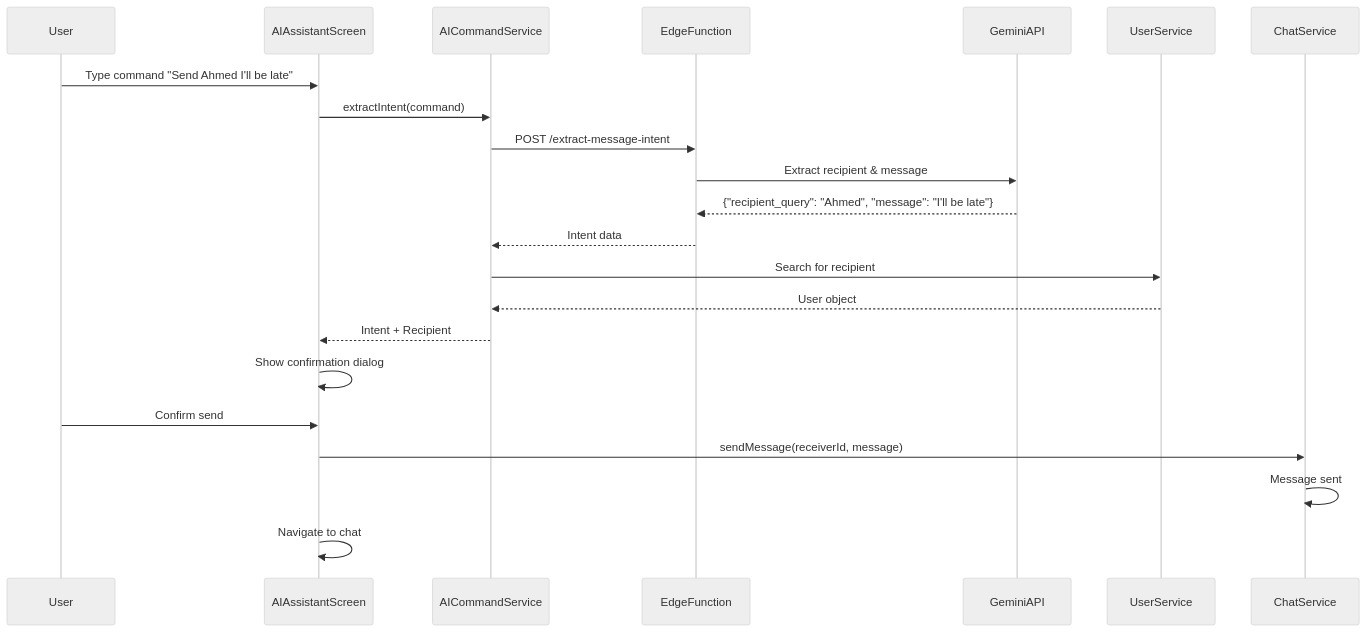
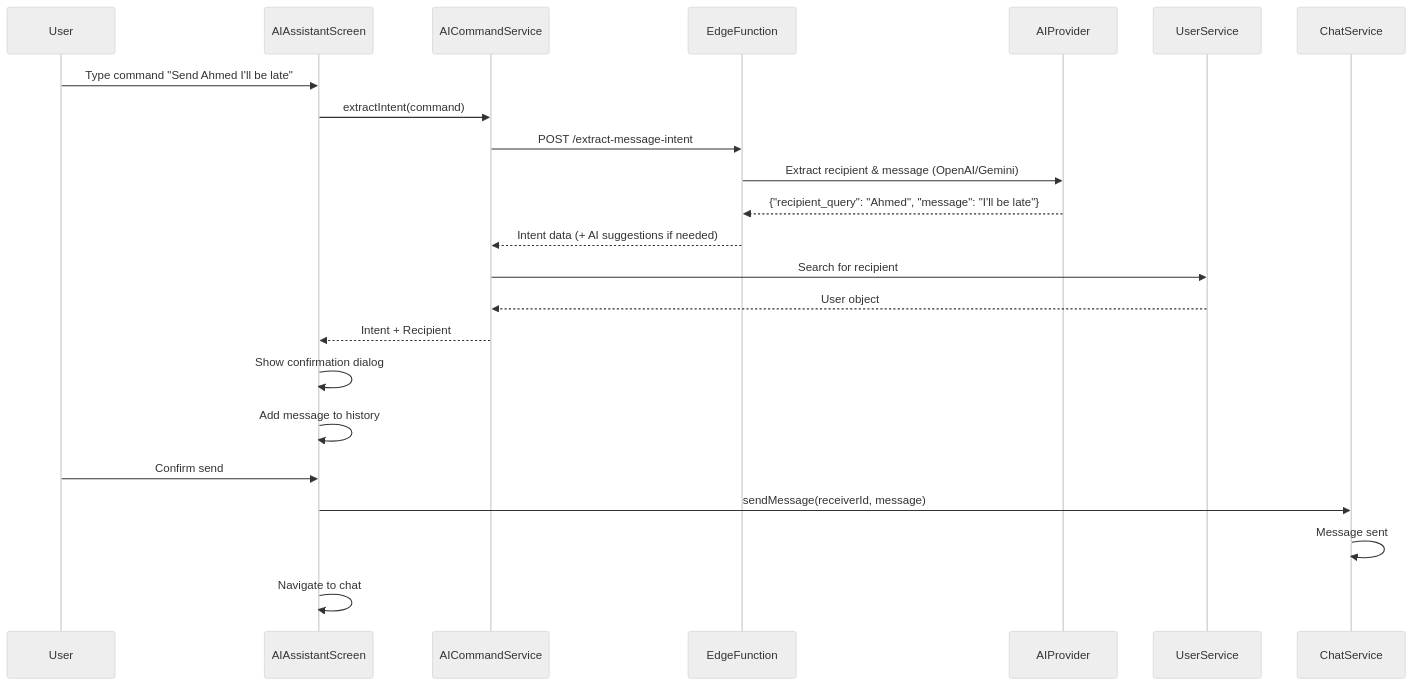
The seventh of 10 diagrams in chat_app/ARCHITECTURE.md (shoebsmk/Flutter-chat-claude), drawn with Mermaid (neutral theme) before and after one commit. The commit also changed other lines of this file and 3 other files, not shown here.

````diff
--- a/chat_app/ARCHITECTURE.md
+++ b/chat_app/ARCHITECTURE.md
@@ -282,25 +285,26 @@
 ```mermaid
 sequenceDiagram
     participant User
     participant AIAssistantScreen
     participant AICommandService
     participant EdgeFunction
-    participant GeminiAPI
+    participant AIProvider
     participant UserService
     participant ChatService
 
     User->>AIAssistantScreen: Type command "Send Ahmed I'll be late"
     AIAssistantScreen->>AICommandService: extractIntent(command)
     AICommandService->>EdgeFunction: POST /extract-message-intent
-    EdgeFunction->>GeminiAPI: Extract recipient & message
-    GeminiAPI-->>EdgeFunction: {"recipient_query": "Ahmed", "message": "I'll be late"}
-    EdgeFunction-->>AICommandService: Intent data
+    EdgeFunction->>AIProvider: Extract recipient & message (OpenAI/Gemini)
+    AIProvider-->>EdgeFunction: {"recipient_query": "Ahmed", "message": "I'll be late"}
+    EdgeFunction-->>AICommandService: Intent data (+ AI suggestions if needed)
     AICommandService->>UserService: Search for recipient
     UserService-->>AICommandService: User object
     AICommandService-->>AIAssistantScreen: Intent + Recipient
     AIAssistantScreen->>AIAssistantScreen: Show confirmation dialog
+    AIAssistantScreen->>AIAssistantScreen: Add message to history
     User->>AIAssistantScreen: Confirm send
     AIAssistantScreen->>ChatService: sendMessage(receiverId, message)
     ChatService->>ChatService: Message sent
     AIAssistantScreen->>AIAssistantScreen: Navigate to chat
 ```
````
